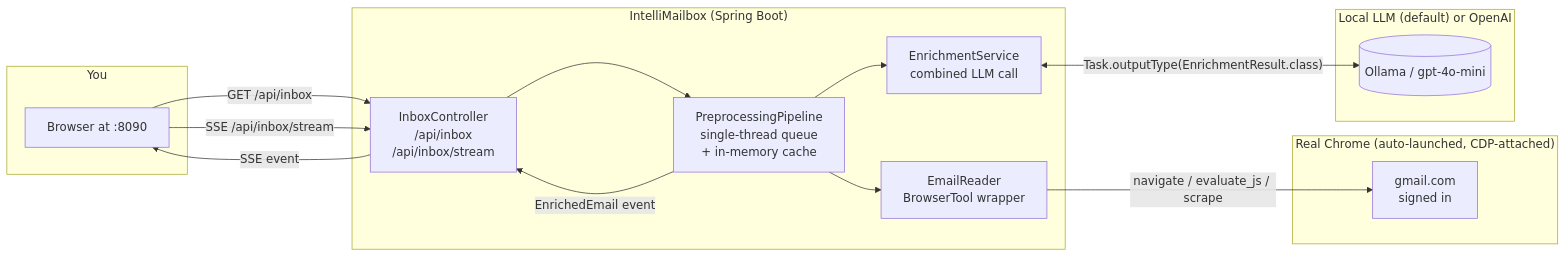
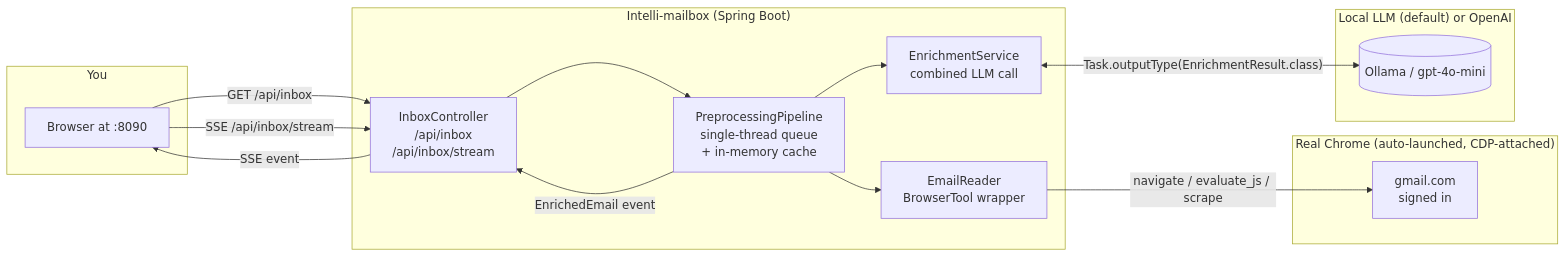
The diagram in README.md (intelliswarm-ai/intelli-mailbox), drawn with Mermaid before and after one commit. The commit also changed other lines of this file and 4 other files, not shown here.

````diff
--- a/README.md
+++ b/README.md
@@ -34,31 +34,31 @@
 ```mermaid
 flowchart LR
     subgraph User["You"]
         UI[Browser at :8090]
     end
 
-    subgraph App["IntelliMailbox (Spring Boot)"]
+    subgraph App["Intelli-mailbox (Spring Boot)"]
         Ctrl[InboxController<br/>/api/inbox<br/>/api/inbox/stream]
         Pipeline[PreprocessingPipeline<br/>single-thread queue<br/>+ in-memory cache]
         Reader[EmailReader<br/>BrowserTool wrapper]
         Enrichment[EnrichmentService<br/>combined LLM call]
     end
 
     subgraph Chrome["Real Chrome (auto-launched, CDP-attached)"]
         Tab[gmail.com<br/>signed in]
     end
 
     subgraph LLM["Local LLM (default) or OpenAI"]
         Model[(Ollama / gpt-4o-mini)]
     end
 
     UI -- "GET /api/inbox" --> Ctrl
     UI -- "SSE /api/inbox/stream" --> Ctrl
     Ctrl --> Pipeline
     Pipeline --> Reader
     Reader -- "navigate / evaluate_js / scrape" --> Tab
     Pipeline --> Enrichment
     Enrichment <-- "Task.outputType(EnrichmentResult.class)" --> Model
     Pipeline -- "EnrichedEmail event" --> Ctrl
     Ctrl -- "SSE event" --> UI
 ```
````
